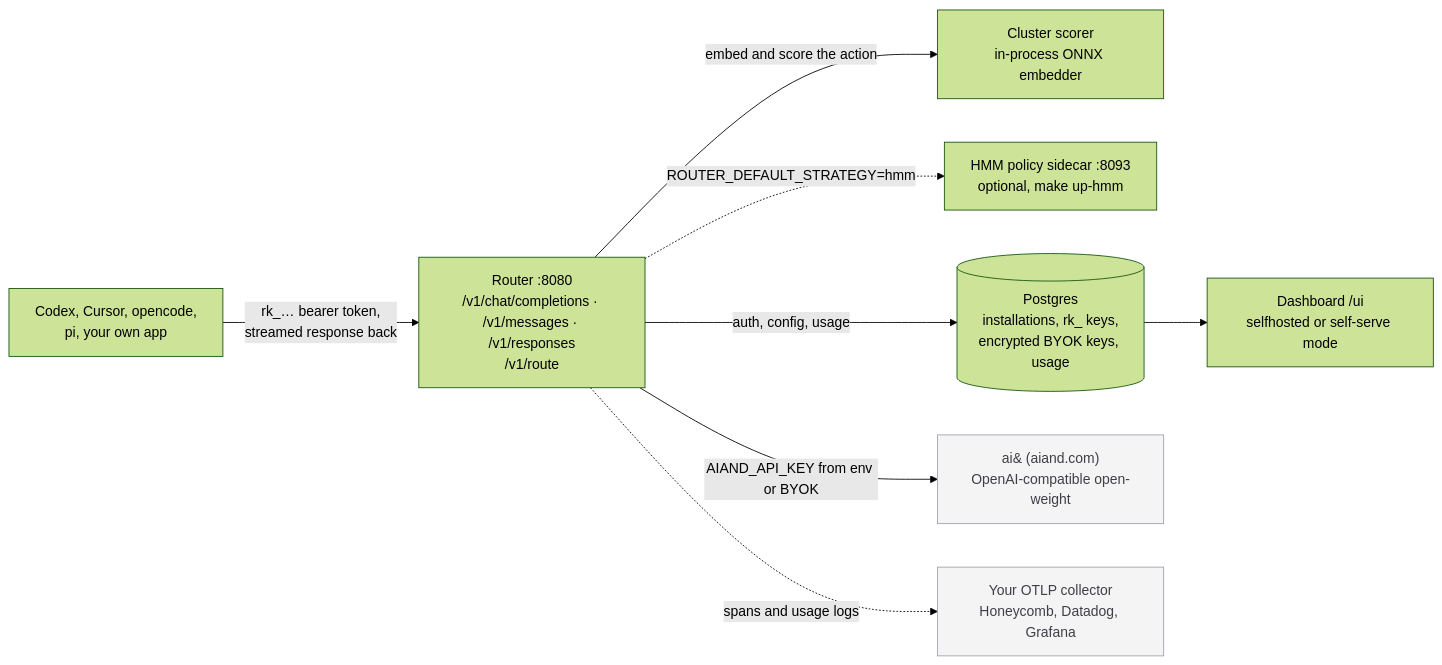
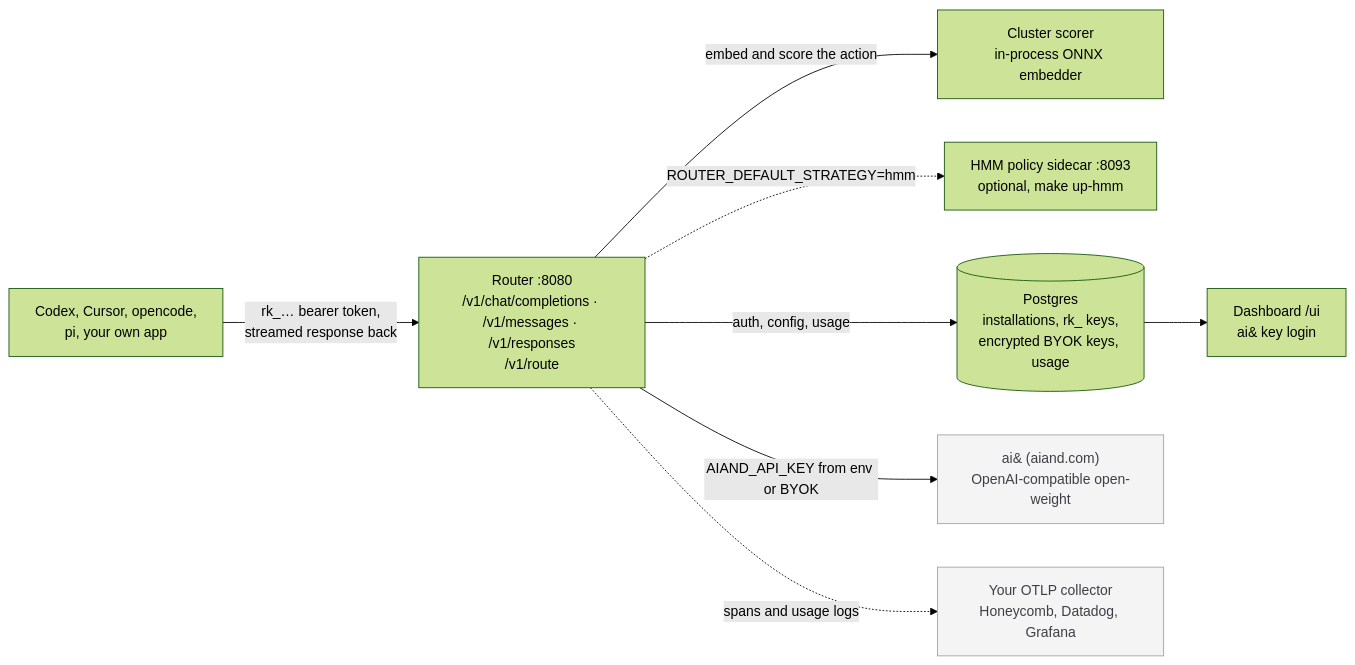
One commit to fenilmodi00/copy-router changed the diagram in README.md. Above: the diagram before and after it, drawn with Mermaid (forest theme). The commit also changed other lines of this file and 91 other files, not shown here.

````diff
--- a/README.md
+++ b/README.md
@@ -225,22 +225,22 @@
 ```mermaid
 flowchart LR
     client["Codex, Cursor, opencode,<br/>pi, your own app"]
     router["Router :8080<br/>/v1/chat/completions · /v1/messages · /v1/responses<br/>/v1/route"]
     scorer["Cluster scorer<br/>in-process ONNX embedder"]
     hmm["HMM policy sidecar :8093<br/>optional, make up-hmm"]
     pg[("Postgres<br/>installations, rk_ keys,<br/>encrypted BYOK keys, usage")]
-    ui["Dashboard /ui<br/>selfhosted or self-serve mode"]
+    ui["Dashboard /ui<br/>ai& key login"]
     providers["ai& (aiand.com)<br/>OpenAI-compatible open-weight"]
     otel["Your OTLP collector<br/>Honeycomb, Datadog, Grafana"]
 
     client -->|"rk_… bearer token,<br/>streamed response back"| router
     router -->|"embed and score the action"| scorer
     router -.->|"ROUTER_DEFAULT_STRATEGY=hmm"| hmm
     router -->|"auth, config, usage"| pg
     pg --> ui
     router -->|"AIAND_API_KEY from env or BYOK"| providers
     router -.->|"spans and usage logs"| otel
 
     classDef external fill:#f4f4f5,stroke:#a1a1aa,color:#3f3f46
     class providers,otel external
 ```
````
